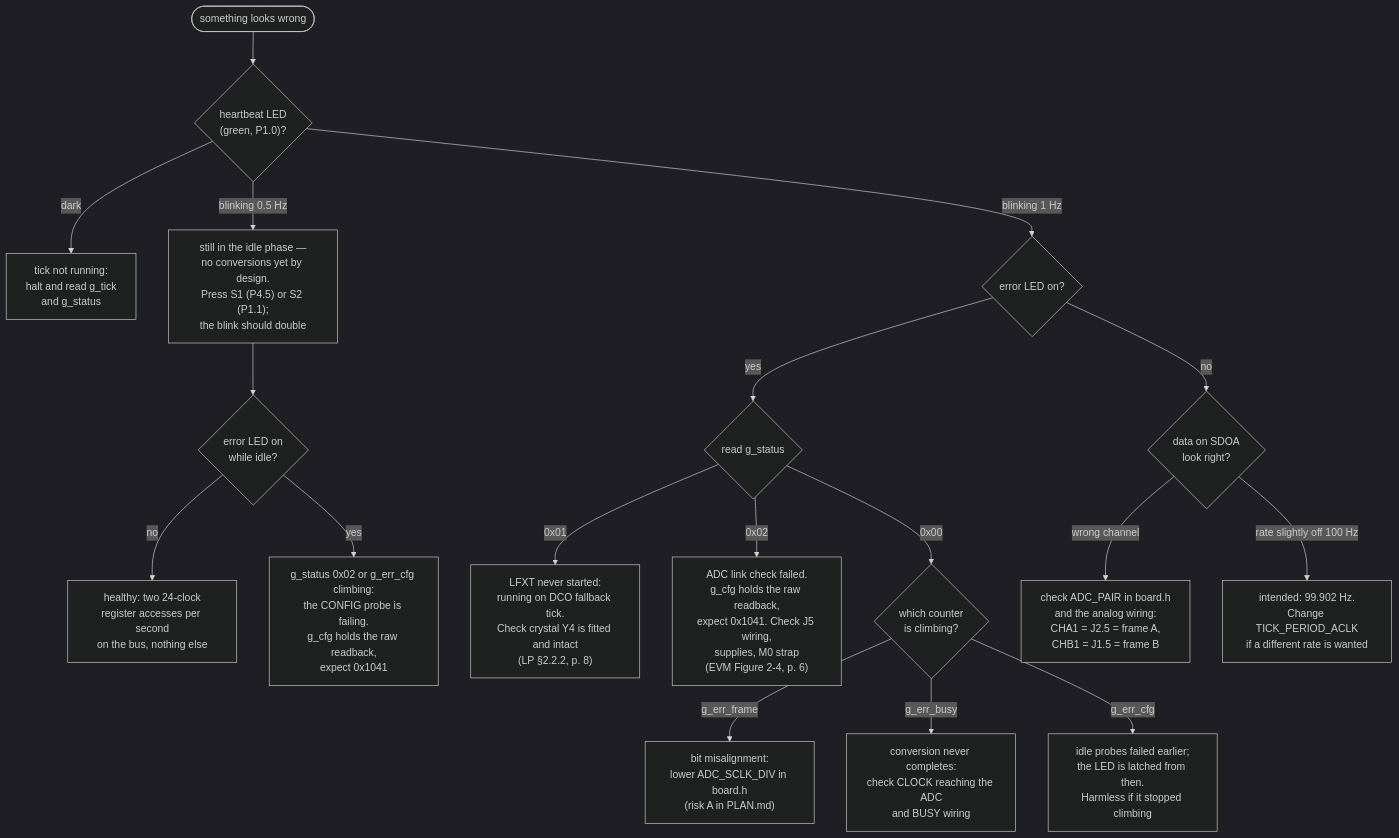
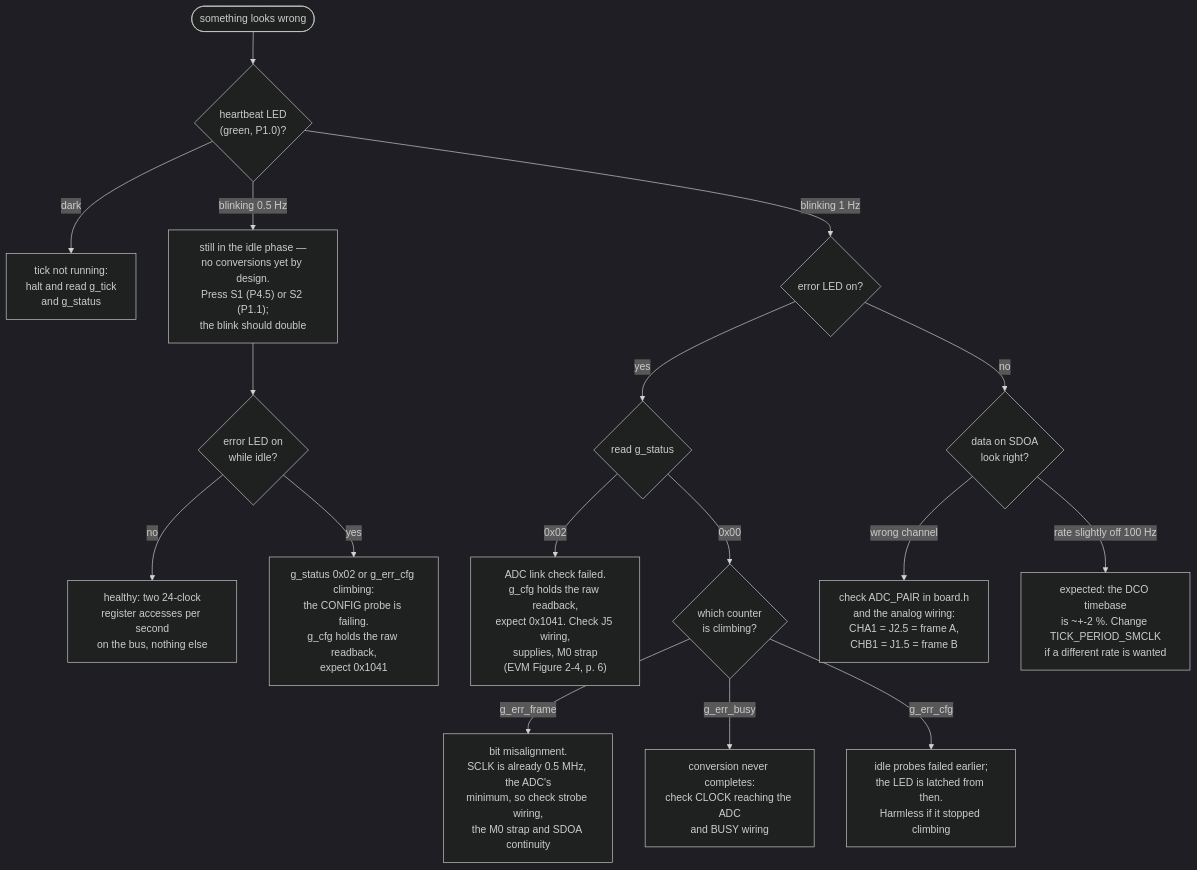
One commit to S-OConnor/MSP430_TestRepo changed diagram 13 of 13 in docs/DESIGN.md. Above: the diagram before and after it, drawn with Mermaid (dark theme). The commit also changed other lines of this file and 13 other files, not shown here.

````diff
--- a/docs/DESIGN.md
+++ b/docs/DESIGN.md
@@ -1269,26 +1277,25 @@
 ```mermaid
 flowchart TD
     START([something looks wrong]) --> HB{"heartbeat LED<br/>(green, P1.0)?"}
 
     HB -->|dark| NOTICK["tick not running:<br/>halt and read g_tick<br/>and g_status"]
     HB -->|"blinking 0.5 Hz"| IDLE["still in the idle phase —<br/>no conversions yet by design.<br/>Press S1 (P4.5) or S2 (P1.1);<br/>the blink should double"]
     HB -->|"blinking 1 Hz"| ERRLED{"error LED on?"}
 
     IDLE --> IDLEERR{"error LED on<br/>while idle?"}
     IDLEERR -->|no| WAIT["healthy: two 24-clock<br/>register accesses per second<br/>on the bus, nothing else"]
     IDLEERR -->|yes| CFG["g_status 0x02 or g_err_cfg climbing:<br/>the CONFIG probe is failing.<br/>g_cfg holds the raw readback,<br/>expect 0x1041"]
 
     ERRLED -->|no| DATA{"data on SDOA<br/>look right?"}
     ERRLED -->|yes| STATUS{"read g_status"}
 
-    STATUS -->|0x01| S1["LFXT never started:<br/>running on DCO fallback tick.<br/>Check crystal Y4 is fitted and intact<br/>(LP §2.2.2, p. 8)"]
     STATUS -->|0x02| S2["ADC link check failed.<br/>g_cfg holds the raw readback,<br/>expect 0x1041. Check J5 wiring,<br/>supplies, M0 strap<br/>(EVM Figure 2-4, p. 6)"]
     STATUS -->|0x00| S0{"which counter<br/>is climbing?"}
 
-    S0 -->|g_err_frame| FRAME["bit misalignment:<br/>lower ADC_SCLK_DIV in board.h<br/>(risk A in PLAN.md)"]
+    S0 -->|g_err_frame| FRAME["bit misalignment.<br/>SCLK is already 0.5 MHz, the ADC's<br/>minimum, so check strobe wiring,<br/>the M0 strap and SDOA continuity"]
     S0 -->|g_err_busy| BUSY["conversion never completes:<br/>check CLOCK reaching the ADC<br/>and BUSY wiring"]
     S0 -->|g_err_cfg| CFG2["idle probes failed earlier;<br/>the LED is latched from then.<br/>Harmless if it stopped climbing"]
 
     DATA -->|"wrong channel"| CHAN["check ADC_PAIR in board.h<br/>and the analog wiring:<br/>CHA1 = J2.5 = frame A,<br/>CHB1 = J1.5 = frame B"]
-    DATA -->|"rate slightly off 100 Hz"| RATE["intended: 99.902 Hz.<br/>Change TICK_PERIOD_ACLK<br/>if a different rate is wanted"]
+    DATA -->|"rate slightly off 100 Hz"| RATE["expected: the DCO timebase<br/>is ~+-2 %. Change TICK_PERIOD_SMCLK<br/>if a different rate is wanted"]
 ```
````
